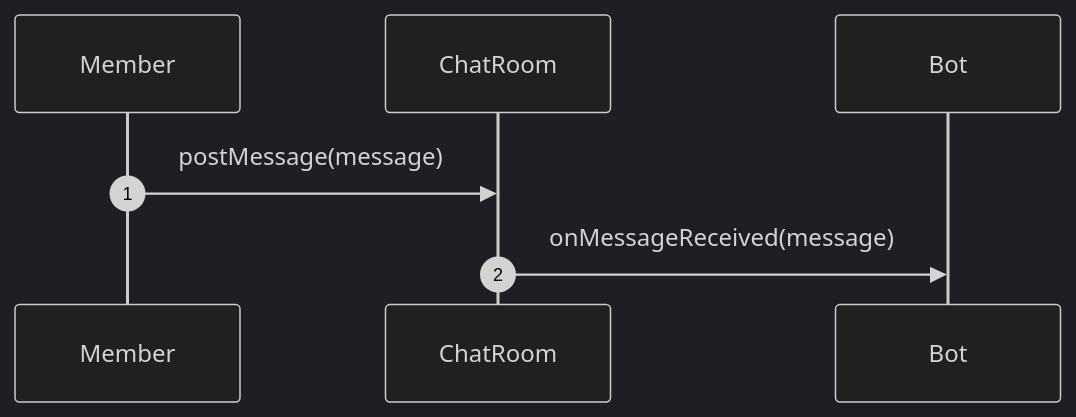
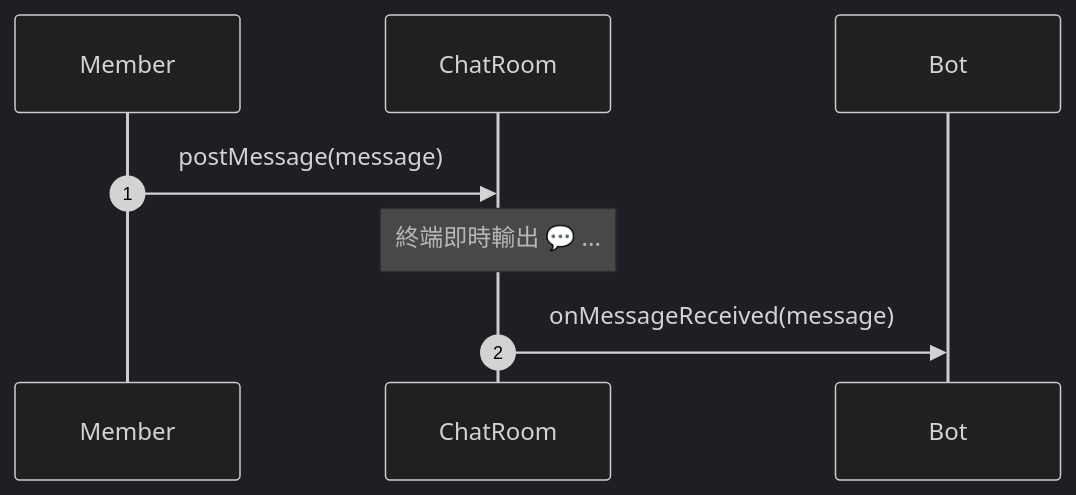
Before and after one commit to tanguitar8093/Software-Design-Pattern-HW: the fourth of 7 diagrams in homework8_Waterball/OOA-方法呼叫關係分析.md, drawn with Mermaid (dark theme). The commit also changed other lines of this file and 10 other files, not shown here.

````diff
--- a/homework8_Waterball/OOA-方法呼叫關係分析.md
+++ b/homework8_Waterball/OOA-方法呼叫關係分析.md
@@ -151,10 +400,11 @@
 ```mermaid
 sequenceDiagram
     autonumber
     participant Member as Member
     participant ChatRoom as ChatRoom
     participant Bot as Bot
 
     Member->>ChatRoom: postMessage(message)
+    Note over ChatRoom: 終端即時輸出 💬 ...
     ChatRoom->>Bot: onMessageReceived(message)
 ```
````
